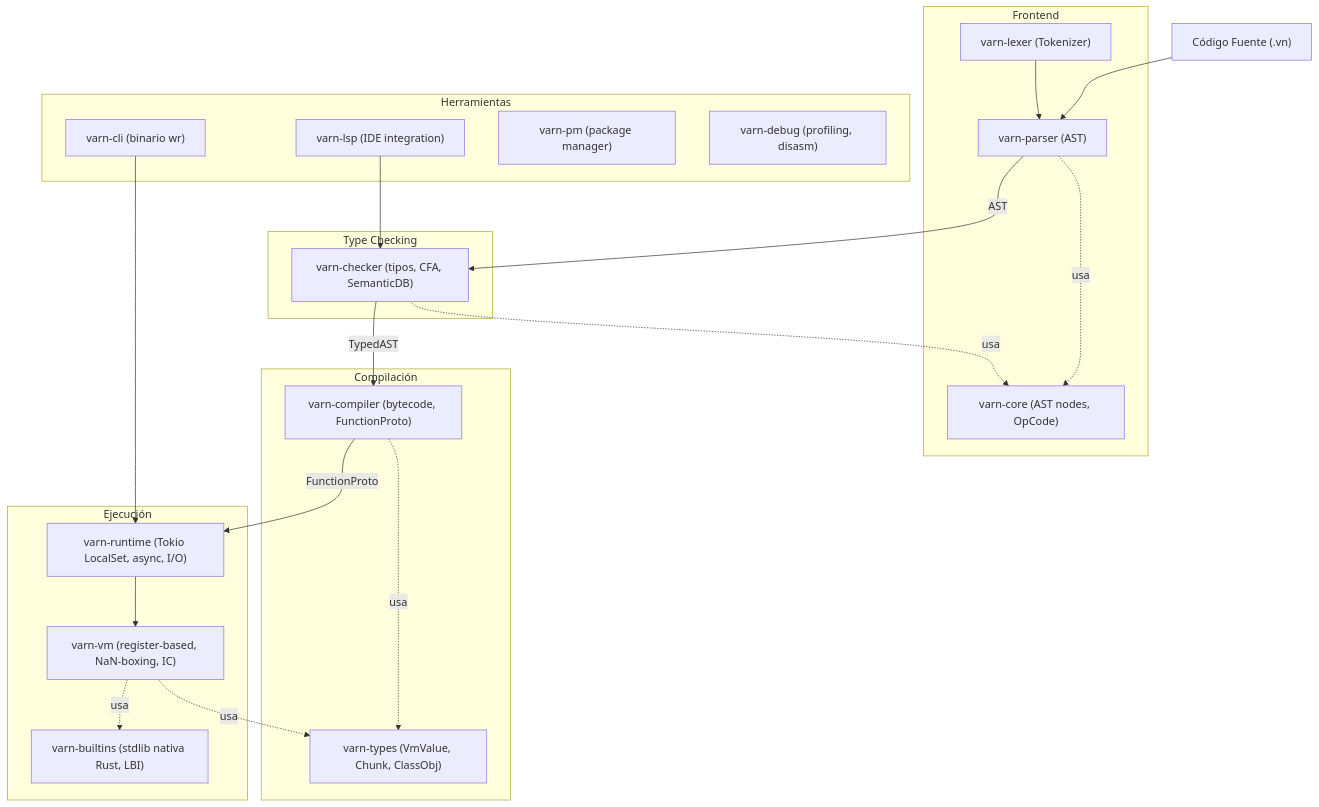
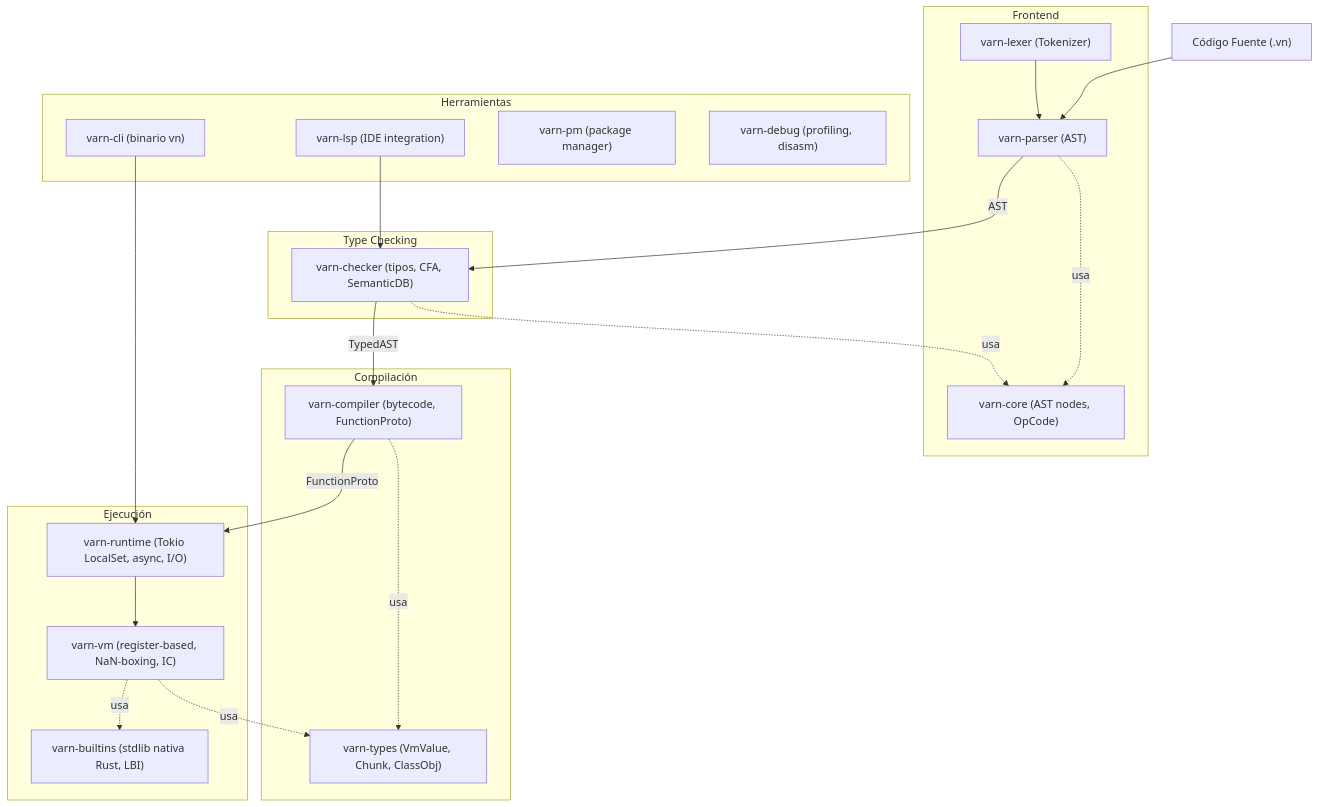
Before and after one commit to carlos-burelo/varn: the diagram in docs/CRATES_STATE.md, drawn with Mermaid. The commit also changed other lines of this file and 10 other files, not shown here.

````diff
--- a/docs/CRATES_STATE.md
+++ b/docs/CRATES_STATE.md
@@ -7,48 +7,48 @@
 ```mermaid
 graph TD
     SourceText["Código Fuente (.vn)"] --> Parser
 
     subgraph Frontend
         Lexer["varn-lexer (Tokenizer)"]
         Parser["varn-parser (AST)"]
         Core["varn-core (AST nodes, OpCode)"]
         Lexer --> Parser
         Parser -.usa.-> Core
     end
 
     subgraph MiddleEnd["Type Checking"]
         Checker["varn-checker (tipos, CFA, SemanticDB)"]
         Checker -.usa.-> Core
     end
 
     Parser -- AST --> Checker
 
     subgraph Backend["Compilación"]
         Compiler["varn-compiler (bytecode, FunctionProto)"]
         Types["varn-types (VmValue, Chunk, ClassObj)"]
         Compiler -.usa.-> Types
     end
 
     Checker -- TypedAST --> Compiler
 
     subgraph Execution["Ejecución"]
         VM["varn-vm (register-based, NaN-boxing, IC)"]
         Runtime["varn-runtime (Tokio LocalSet, async, I/O)"]
         Builtins["varn-builtins (stdlib nativa Rust, LBI)"]
         Runtime --> VM
         VM -.usa.-> Types
         VM -.usa.-> Builtins
     end
 
     Compiler -- FunctionProto --> Runtime
 
     subgraph Tools["Herramientas"]
-        CLI["varn-cli (binario wr)"]
+        CLI["varn-cli (binario vn)"]
         LSP["varn-lsp (IDE integration)"]
         PM["varn-pm (package manager)"]
         Debug["varn-debug (profiling, disasm)"]
     end
 
     CLI --> Runtime
     LSP --> Checker
 ```
````
